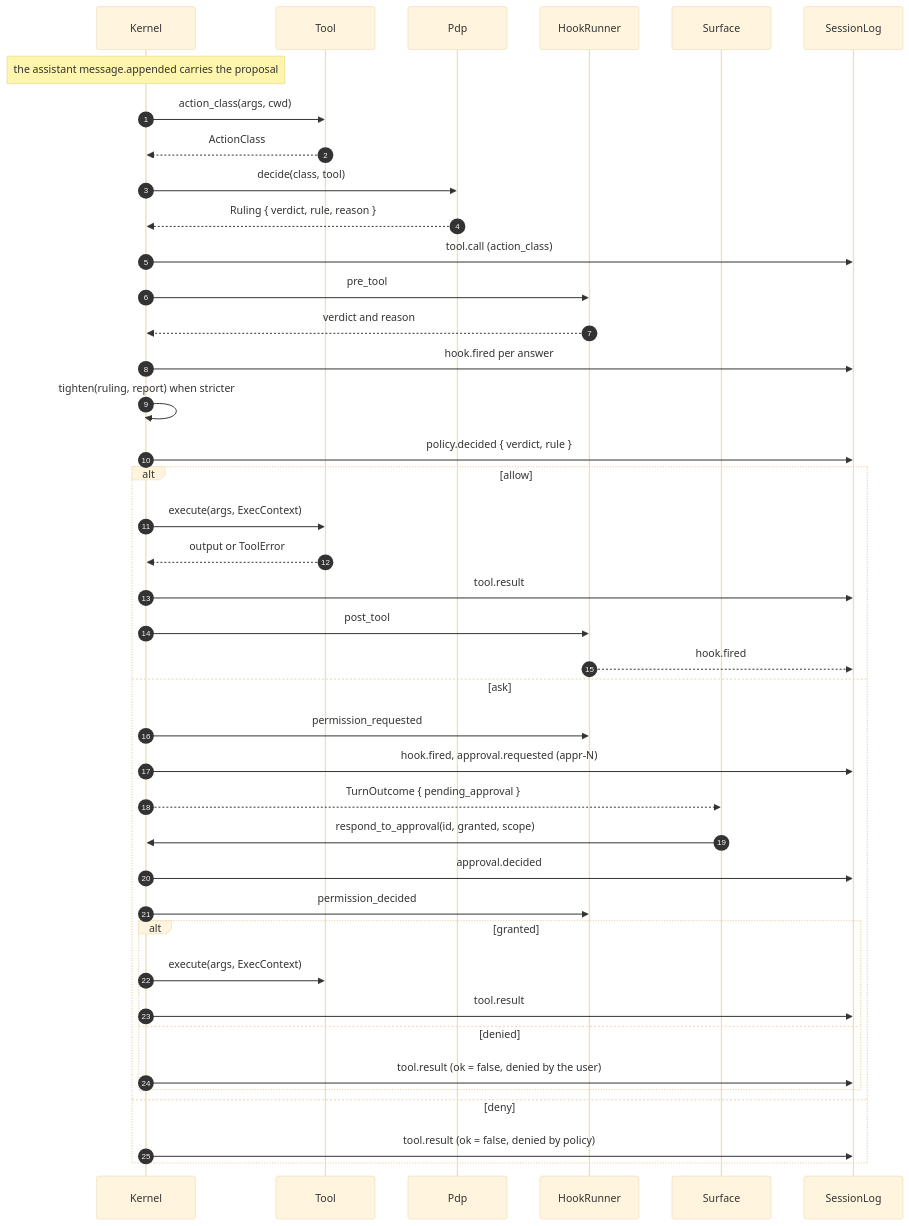
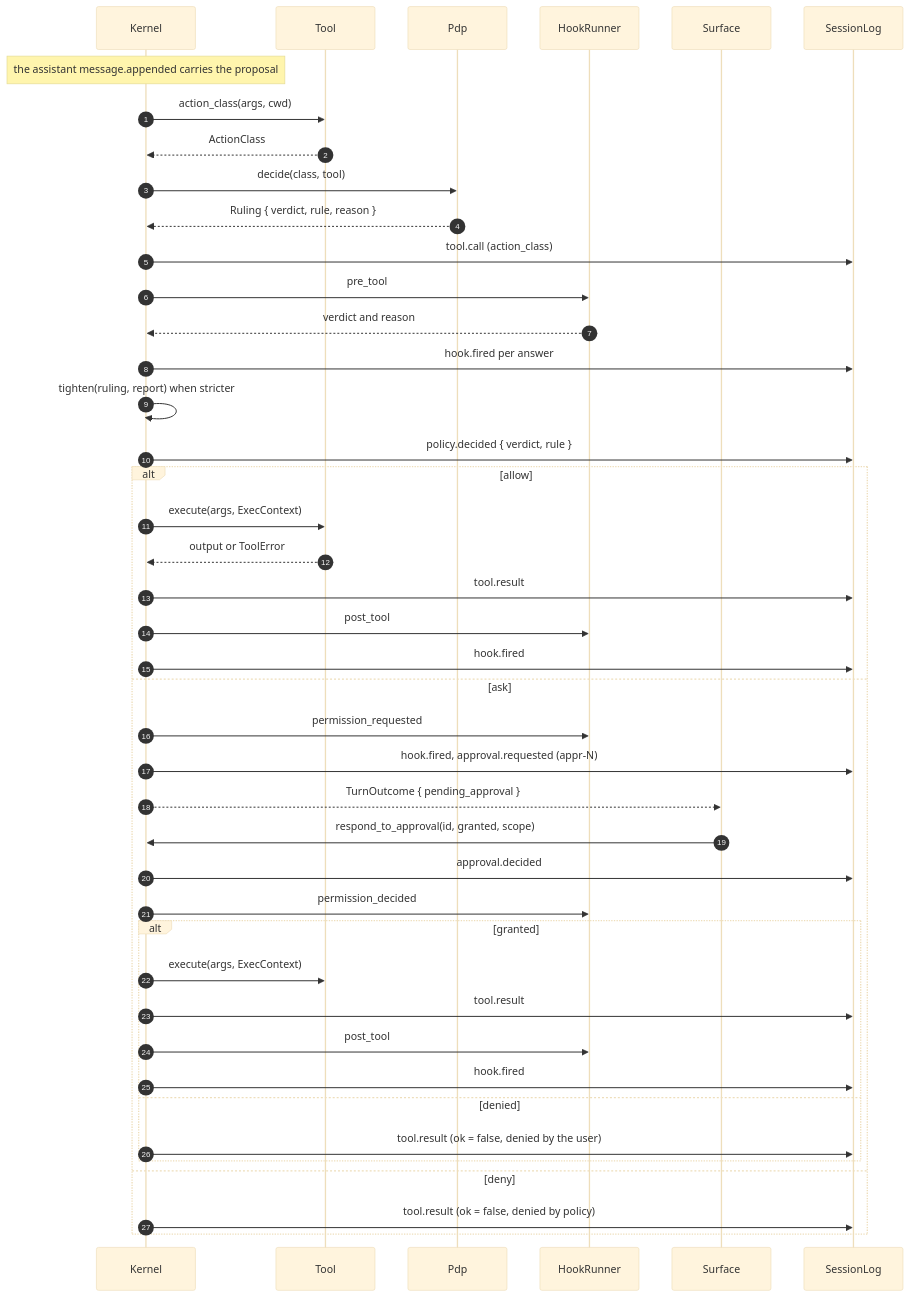
One commit to fengchangfight/loongagent changed the diagram in docs/design/flows/tool-approval.md. Above: the diagram before and after it, drawn with Mermaid (base theme). The commit also changed other lines of this file and 3 other files, not shown here.

Commit message:
docs(flows): link the turn and approval mechanisms instead of restating them

````diff
--- a/docs/design/flows/tool-approval.md
+++ b/docs/design/flows/tool-approval.md
@@ -110,44 +42,46 @@
 ```mermaid
 sequenceDiagram
     autonumber
     participant K as Kernel
     participant T as Tool
     participant P as Pdp
     participant H as HookRunner
     participant S as Surface
     participant L as SessionLog
 
     Note over K: the assistant message.appended carries the proposal
     K->>T: action_class(args, cwd)
     T-->>K: ActionClass
     K->>P: decide(class, tool)
     P-->>K: Ruling { verdict, rule, reason }
     K->>L: tool.call (action_class)
     K->>H: pre_tool
     H-->>K: verdict and reason
     K->>L: hook.fired per answer
     K->>K: tighten(ruling, report) when stricter
     K->>L: policy.decided { verdict, rule }
     alt allow
         K->>T: execute(args, ExecContext)
         T-->>K: output or ToolError
         K->>L: tool.result
         K->>H: post_tool
-        H-->>L: hook.fired
+        K->>L: hook.fired
     else ask
         K->>H: permission_requested
         K->>L: hook.fired, approval.requested (appr-N)
         K-->>S: TurnOutcome { pending_approval }
         S->>K: respond_to_approval(id, granted, scope)
         K->>L: approval.decided
         K->>H: permission_decided
         alt granted
             K->>T: execute(args, ExecContext)
             K->>L: tool.result
+            K->>H: post_tool
+            K->>L: hook.fired
         else denied
             K->>L: tool.result (ok = false, denied by the user)
         end
     else deny
         K->>L: tool.result (ok = false, denied by policy)
     end
 ```
````
